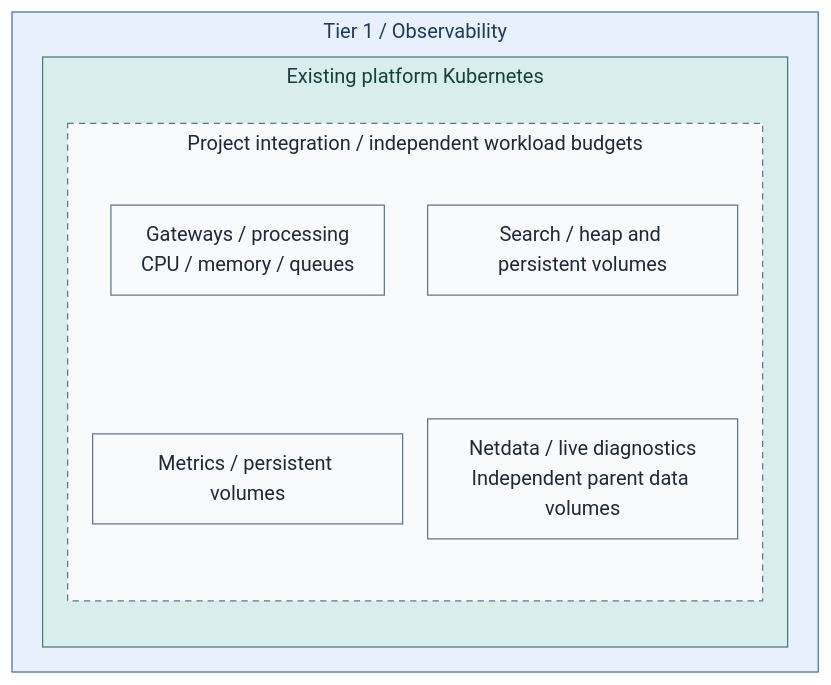
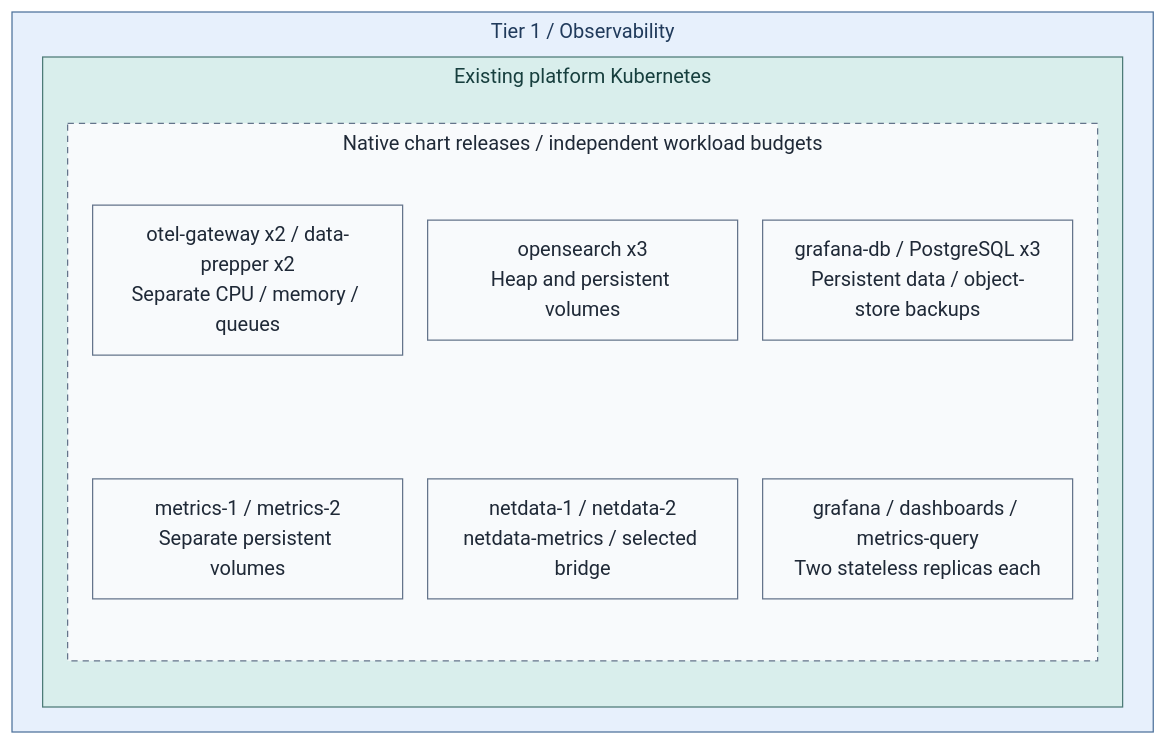
One commit to Rexus/homelab changed the first of 4 diagrams in docs/deployment/stage-8-observability/README.md. Above: the diagram before and after it, drawn with Mermaid. The commit also changed other lines of this file and 353 other files, not shown here.

````diff
--- a/docs/deployment/stage-8-observability/README.md
+++ b/docs/deployment/stage-8-observability/README.md
@@ -35,24 +38,27 @@
 ```mermaid
 %%{init: {"theme":"base","flowchart":{"nodeSpacing":20,"rankSpacing":24,"padding":12,"subGraphTitleMargin":{"top":4,"bottom":12}},"themeVariables":{"lineColor":"#627581","edgeLabelBackground":"#f8fafc"}}}%%
 flowchart TB
   subgraph T1["Tier 1 / Observability"]
     subgraph Cluster["Existing platform Kubernetes"]
-      subgraph Project["Project integration / independent workload budgets"]
+      subgraph Project["Native chart releases / independent workload budgets"]
         direction TB
-        Gateways["Gateways / processing<br/>CPU / memory / queues"]
-        Metrics["Metrics / persistent volumes"]
-        Search["Search / heap and persistent volumes"]
-        Diagnostics["Netdata / live diagnostics<br/>Independent parent data volumes"]
+        Gateways["otel-gateway x2 / data-prepper x2<br/>Separate CPU / memory / queues"]
+        Metrics["metrics-1 / metrics-2<br/>Separate persistent volumes"]
+        Search["opensearch x3<br/>Heap and persistent volumes"]
+        Diagnostics["netdata-1 / netdata-2<br/>netdata-metrics / selected bridge"]
+        Database["grafana-db / PostgreSQL x3<br/>Persistent data / object-store backups"]
+        UIs["grafana / dashboards / metrics-query<br/>Two stateless replicas each"]
         Gateways ~~~ Metrics
         Search ~~~ Diagnostics
+        Database ~~~ UIs
       end
     end
   end
   classDef default fill:#f8fafc,stroke:#64748b,color:#1f2937
   classDef services fill:#e7f0fc,stroke:#4d719b,color:#203a5b
   classDef runtime fill:#d9eeec,stroke:#4d7b77,color:#173f3e
   classDef replicas fill:#f8fafc,stroke:#64748b,color:#1f2937,stroke-dasharray:5 4
   class T1 services
   class Cluster runtime
   class Project replicas
 ```
````
